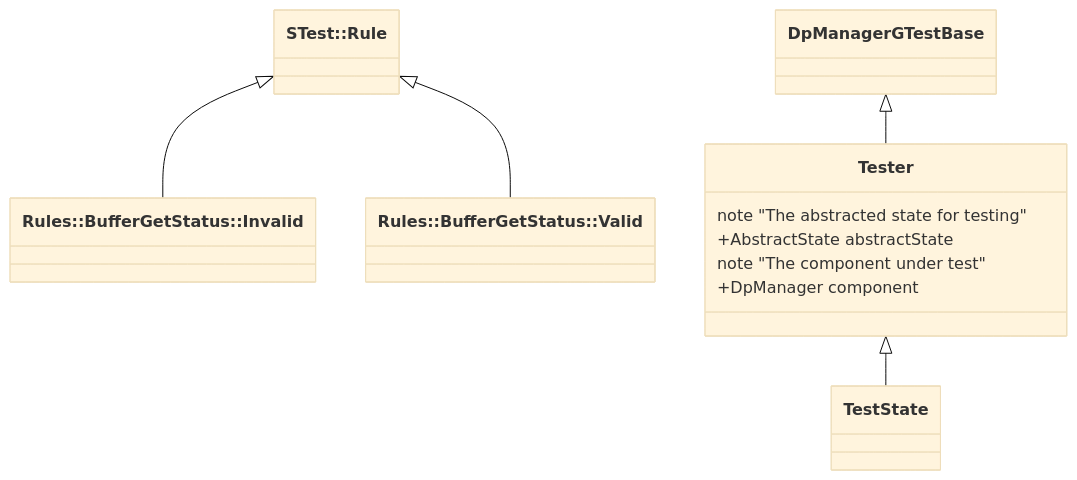
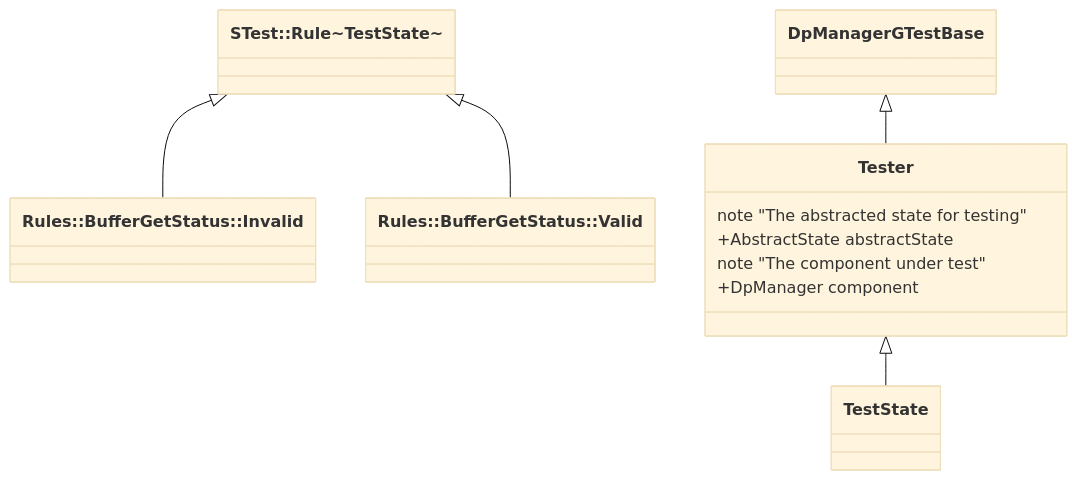
Before and after one commit to bocchino/fprime: the diagram in Svc/DpManager/test/ut/README.md, drawn with Mermaid (base theme).

Commit message:
Revise mermaid diagram

````diff
--- a/Svc/DpManager/test/ut/README.md
+++ b/Svc/DpManager/test/ut/README.md
@@ -5,16 +5,16 @@
 ```mermaid
 classDiagram
-    class STest__Rule["STest::Rule<TestState>"]
+    class STest__Rule["STest::Rule~TestState~"]
     class Rules__BufferGetStatus__Invalid["Rules::BufferGetStatus::Invalid"]
     class Rules__BufferGetStatus__Valid["Rules::BufferGetStatus::Valid"]
     class Tester {
         note "The abstracted state for testing"
         +AbstractState abstractState
         note "The component under test"
         +DpManager component
     }
     DpManagerGTestBase <|-- Tester
     Tester <|-- TestState
     STest__Rule <|-- Rules__BufferGetStatus__Invalid
     STest__Rule <|-- Rules__BufferGetStatus__Valid
 ```
````
